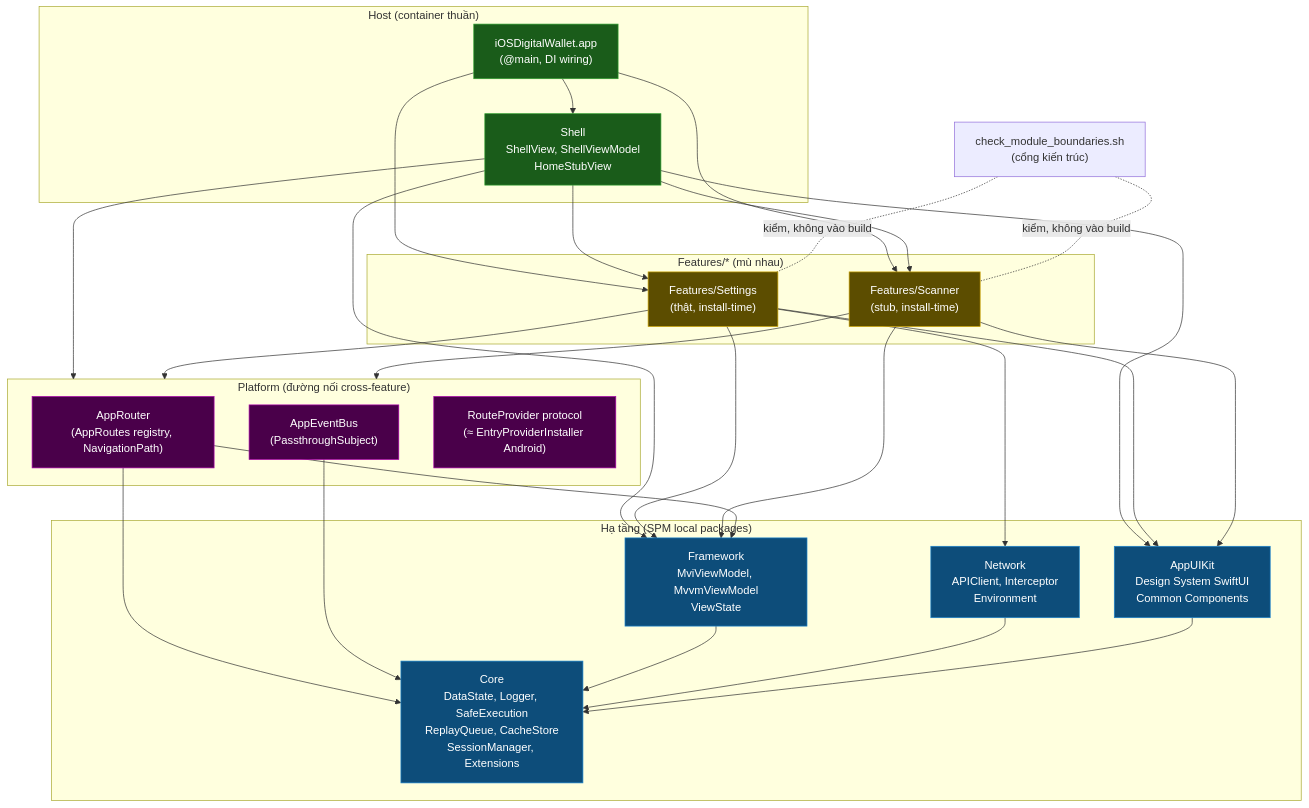
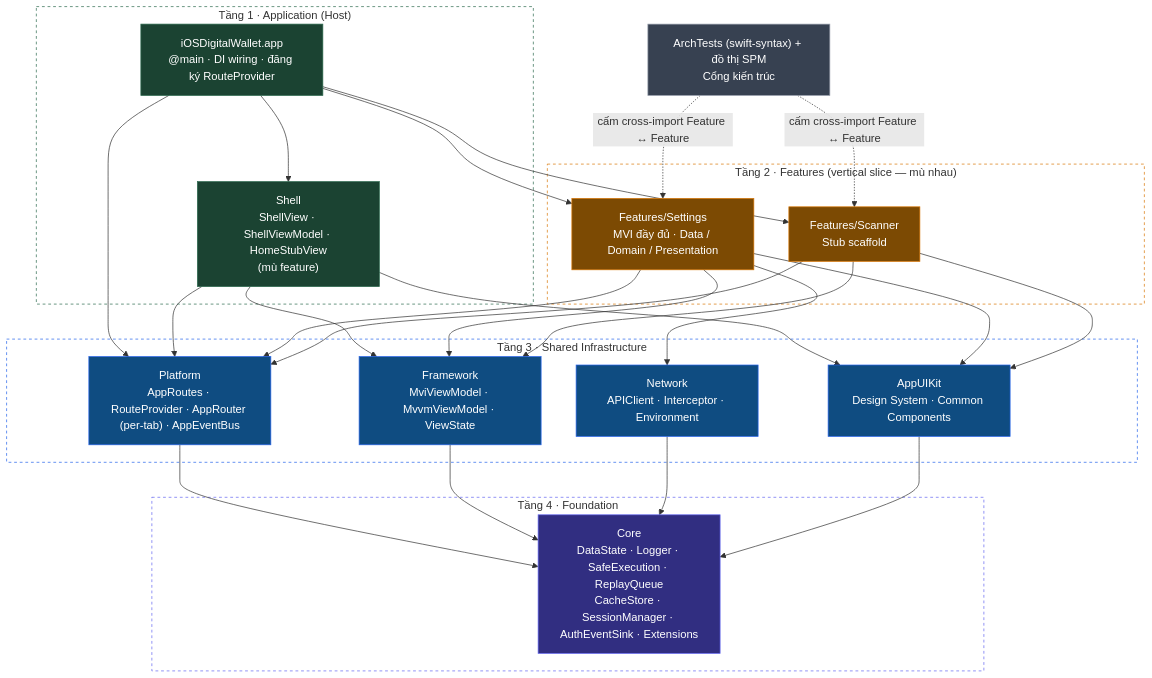
The first of 3 diagrams in .devtool/epic/ios_super_app_template/ios_super_app_template.vi.md (DanhDue/ios_digital_wallet), drawn with Mermaid before and after one commit. The commit also changed other lines of this file and 2 other files, not shown here.

Commit message:
[IOS_SUPER_APP_TEMPLATE] Revise design spec to v2
- Every Feature and Shell becomes its own SPM local package (real sandbox, compiler-enforced boundaries)
- Adopt Tuist for declarative project definition; .xcodeproj / .xcworkspace no longer committed
- ArchTests (swift-syntax AST) as primary governance, replacing regex-only SwiftLint + grep
- Per-tab NavigationStack (AppRouter.tabPaths), mirroring Android NestedNavigator
- Unify iOS 16 deployment target, drop the iOS 13/16 split
- Shell is feature-blind; App is the sole feature aggregator
- Platform depends on Core only; Network 401 via AuthEventSink inversion
- 4 Mason bricks (feature/subfeature/remove x2) with safe Tuist manifest auto-wire
- New section 9A: BDD+TDD Testing & Acceptance Standard (3 tiers) baked into every task
- New section 5.5: async-effect pattern for MviViewModel (cancel-on-new-action)
- 4 greenfield phases

````diff
--- a/.devtool/epic/ios_super_app_template/ios_super_app_template.vi.md
+++ b/.devtool/epic/ios_super_app_template/ios_super_app_template.vi.md
@@ -60,50 +60,64 @@
 ```mermaid
-graph TD
-    subgraph Host["Host (container thuần)"]
-        APP["iOSDigitalWallet.app\n(@main, DI wiring)"]
-        SHELL["Shell\nShellView, ShellViewModel\nHomeStubView"]
+flowchart TD
+    %% Tầng 1 · Application (Host) — App là nơi DUY NHẤT gom Feature
+    subgraph L1 ["Tầng 1 · Application (Host)"]
+        APP["iOSDigitalWallet.app\n@main · DI wiring · đăng ký RouteProvider"]
+        SHELL["Shell\nShellView · ShellViewModel · HomeStubView\n(mù feature)"]
     end
 
-    subgraph Platform["Platform (đường nối cross-feature)"]
-        ROUTES["AppRouter\n(AppRoutes registry, NavigationPath)"]
-        BUS["AppEventBus\n(PassthroughSubject<any AppEvent, Never>)"]
-        RP["RouteProvider protocol\n(≈ EntryProviderInstaller Android)"]
+    %% Tầng 2 · Features — vertical slice, mù nhau
+    subgraph L2 ["Tầng 2 · Features (vertical slice — mù nhau)"]
+        F_SET["Features/Settings\nMVI đầy đủ · Data / Domain / Presentation"]
+        F_SCAN["Features/Scanner\nStub scaffold"]
     end
 
-    subgraph Features["Features/* (mù nhau)"]
-        F_SET["Features/Settings\n(thật, install-time)"]
-        F_SCAN["Features/Scanner\n(stub, install-time)"]
+    %% Tầng 3 · Shared Infrastructure — các module ngang hàng, không cạnh nội bộ
+    subgraph L3 ["Tầng 3 · Shared Infrastructure"]
+        PLATFORM["Platform\nAppRoutes · RouteProvider · AppRouter (per-tab) · AppEventBus"]
+        FRAMEWORK["Framework\nMviViewModel · MvvmViewModel · ViewState"]
+        NETWORK["Network\nAPIClient · Interceptor · Environment"]
+        UIKIT["AppUIKit\nDesign System · Common Components"]
     end
 
-    subgraph Infra["Hạ tầng (SPM local packages)"]
-        FRAMEWORK["Framework\nMviViewModel, MvvmViewModel\nViewState"]
-        NETWORK["Network\nAPIClient, Interceptor\nEnvironment"]
-        UIKIT["AppUIKit\nDesign System SwiftUI\nCommon Components"]
-        CORE["Core\nDataState, Logger, SafeExecution\nReplayQueue, CacheStore\nSessionManager, Extensions"]
+    %% Tầng 4 · Foundation
+    subgraph L4 ["Tầng 4 · Foundation"]
+        CORE["Core\nDataState · Logger · SafeExecution · ReplayQueue\nCacheStore · SessionManager · AuthEventSink · Extensions"]
     end
 
+    %% Host — App là nơi DUY NHẤT gom Feature; Shell mù feature
     APP --> SHELL
     APP --> F_SET & F_SCAN
-    SHELL --> F_SET & F_SCAN
-    SHELL --> Platform & FRAMEWORK & UIKIT
+    APP --> PLATFORM
+    SHELL --> PLATFORM & FRAMEWORK & UIKIT
 
-    F_SET --> Platform & FRAMEWORK & NETWORK & UIKIT
-    F_SCAN --> Platform & FRAMEWORK & UIKIT
+    %% Features → hạ tầng
+    F_SET --> PLATFORM & FRAMEWORK & NETWORK & UIKIT
+    F_SCAN --> PLATFORM & FRAMEWORK & UIKIT
 
-    ROUTES --> CORE & FRAMEWORK
-    BUS --> CORE
+    %% Hạ tầng đổ về Core (Platform chỉ phụ thuộc Core)
+    PLATFORM --> CORE
     FRAMEWORK --> CORE
     NETWORK --> CORE
     UIKIT --> CORE
 
-    BOUNDARY["check_module_boundaries.sh\n(cổng kiến trúc)"] -.-|"kiểm, không vào build"| F_SET & F_SCAN
+    %% Cổng kiến trúc — kiểm, không vào build
+    ARCH["ArchTests (swift-syntax) + đồ thị SPM\nCổng kiến trúc"] -.->|"cấm cross-import Feature ↔ Feature"| F_SET & F_SCAN
 
-    classDef host fill:#1a5c1a,stroke:#2d9e2d,color:#fff
-    classDef infra fill:#0d4d7a,stroke:#1a82cc,color:#fff
-    classDef feat fill:#5c4d00,stroke:#cca300,color:#fff
-    classDef plat fill:#4a004a,stroke:#aa00aa,color:#fff
+    classDef host fill:#1b4332,stroke:#2d6a4f,color:#fff
+    classDef feat fill:#7c4a03,stroke:#d97706,color:#fff
+    classDef plat fill:#4a044e,stroke:#c026d3,color:#fff
+    classDef infra fill:#0f4c81,stroke:#2563eb,color:#fff
+    classDef core fill:#312e81,stroke:#6366f1,color:#fff
+    classDef tool fill:#374151,stroke:#9ca3af,color:#fff
+
     class APP,SHELL host
-    class CORE,FRAMEWORK,NETWORK,UIKIT infra
     class F_SET,F_SCAN feat
-    class ROUTES,BUS,RP plat
+    class PLATFORM,FRAMEWORK,NETWORK,UIKIT infra
+    class CORE core
+    class ARCH tool
+
+    style L1 fill:none,stroke:#2d6a4f,stroke-dasharray: 4 4
+    style L2 fill:none,stroke:#d97706,stroke-dasharray: 4 4
+    style L3 fill:none,stroke:#2563eb,stroke-dasharray: 4 4
+    style L4 fill:none,stroke:#6366f1,stroke-dasharray: 4 4
 ```
````
